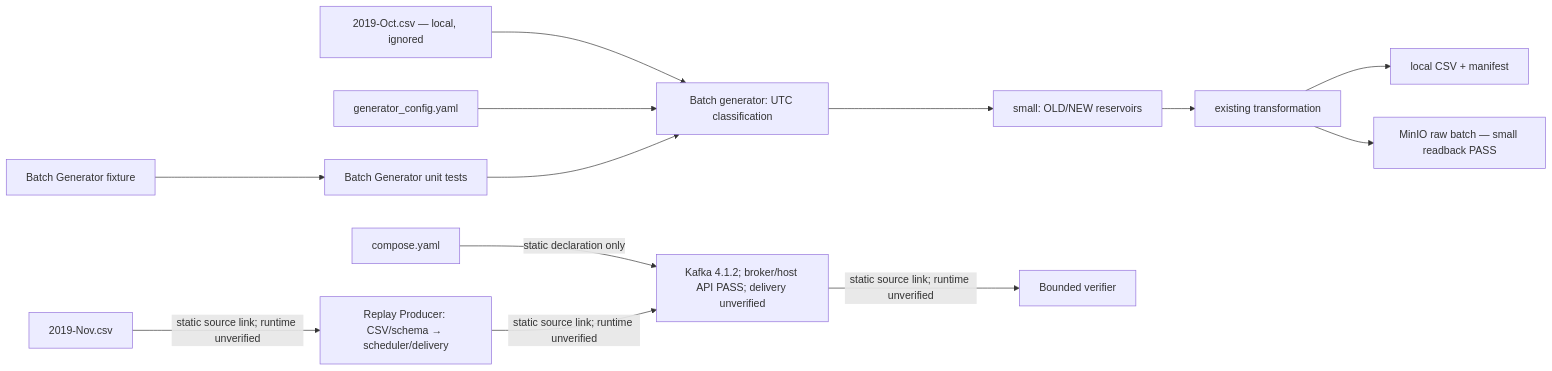
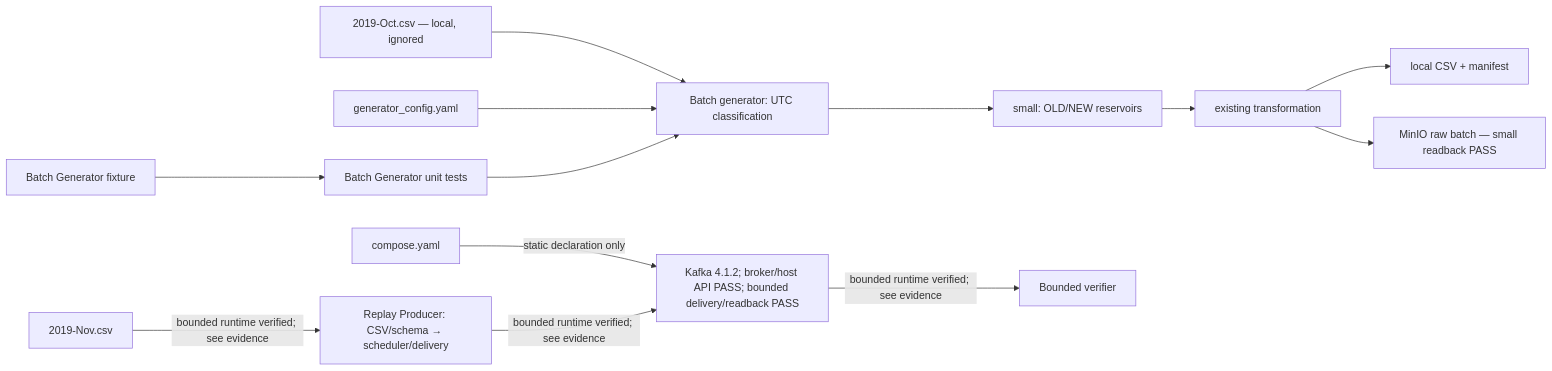
Before and after one commit to nhannhan2201/ecom_ML_system-: the diagram in CURRENT_IMPLEMENTATION.md, drawn with Mermaid. The commit also changed other lines of this file and 6 other files, not shown here.

Commit message:
docs: record bounded Kafka replay and recovery evidence

````diff
--- a/CURRENT_IMPLEMENTATION.md
+++ b/CURRENT_IMPLEMENTATION.md
@@ -26,13 +26,13 @@
 ```mermaid
 flowchart LR
   CSV["2019-Oct.csv — local, ignored"] --> CLASS["Batch generator: UTC classification"]
   CFG["generator_config.yaml"] --> CLASS
   CLASS --> SAMPLE["small: OLD/NEW reservoirs"] --> TRANS["existing transformation"]
   TRANS --> LOCAL["local CSV + manifest"]
   TRANS --> RAW["MinIO raw batch — small readback PASS"]
-  COMPOSE["compose.yaml"] -->|"static declaration only"| K["Kafka 4.1.2; broker/host API PASS; delivery unverified"]
-  NOV["2019-Nov.csv"] -->|"static source link; runtime unverified"| RP["Replay Producer: CSV/schema → scheduler/delivery"]
-  RP -->|"static source link; runtime unverified"| K
-  K -->|"static source link; runtime unverified"| READBACK["Bounded verifier"]
+  COMPOSE["compose.yaml"] -->|"static declaration only"| K["Kafka 4.1.2; broker/host API PASS; bounded delivery/readback PASS"]
+  NOV["2019-Nov.csv"] -->|"bounded runtime verified; see evidence"| RP["Replay Producer: CSV/schema → scheduler/delivery"]
+  RP -->|"bounded runtime verified; see evidence"| K
+  K -->|"bounded runtime verified; see evidence"| READBACK["Bounded verifier"]
   FIX["Batch Generator fixture"] --> TEST["Batch Generator unit tests"] --> CLASS
 ```
````
